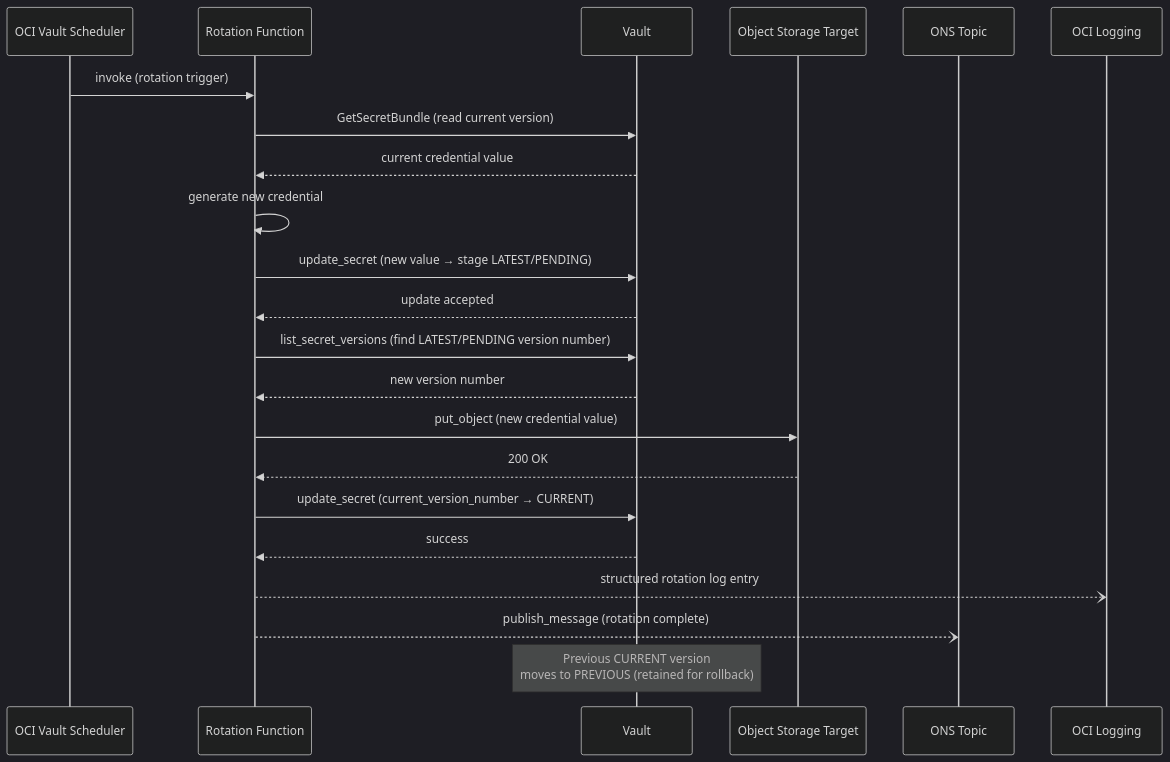
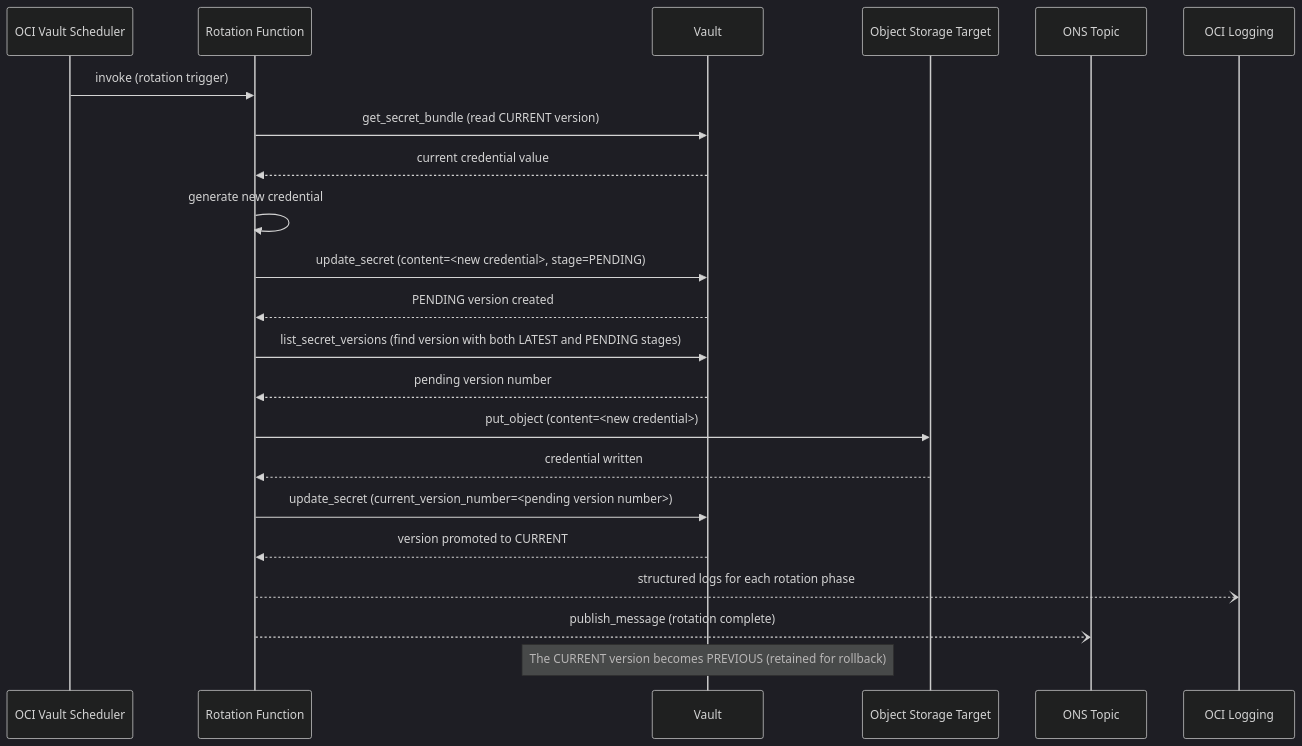
The second of 2 diagrams in docs/design.md (perspectivism/oci-secret-rotation), drawn with Mermaid (dark theme) before and after one commit. The commit also changed other lines of this file and 6 other files, not shown here.

````diff
--- a/docs/design.md
+++ b/docs/design.md
@@ -104,25 +104,25 @@
 ```mermaid
 sequenceDiagram
     participant VS as OCI Vault Scheduler
     participant FN as Rotation Function
     participant VW as Vault
     participant OS as Object Storage Target
     participant ONS as ONS Topic
     participant LG as OCI Logging
 
     VS->>FN: invoke (rotation trigger)
-    FN->>VW: GetSecretBundle (read current version)
+    FN->>VW: get_secret_bundle (read CURRENT version)
     VW-->>FN: current credential value
     FN->>FN: generate new credential
-    FN->>VW: update_secret (new value → stage LATEST/PENDING)
-    VW-->>FN: update accepted
-    FN->>VW: list_secret_versions (find LATEST/PENDING version number)
-    VW-->>FN: new version number
-    FN->>OS: put_object (new credential value)
-    OS-->>FN: 200 OK
-    FN->>VW: update_secret (current_version_number → CURRENT)
-    VW-->>FN: success
-    FN--)LG: structured rotation log entry
+    FN->>VW: update_secret (content=<new credential>, stage=PENDING)
+    VW-->>FN: PENDING version created
+    FN->>VW: list_secret_versions (find version with both LATEST and PENDING stages)
+    VW-->>FN: pending version number
+    FN->>OS: put_object (content=<new credential>)
+    OS-->>FN: credential written
+    FN->>VW: update_secret (current_version_number=<pending version number>)
+    VW-->>FN: version promoted to CURRENT
+    FN--)LG: structured logs for each rotation phase
     FN--)ONS: publish_message (rotation complete)
-    Note over VW: Previous CURRENT version<br/>moves to PREVIOUS (retained for rollback)
+    Note over VW: The CURRENT version becomes PREVIOUS (retained for rollback)
 ```
````
